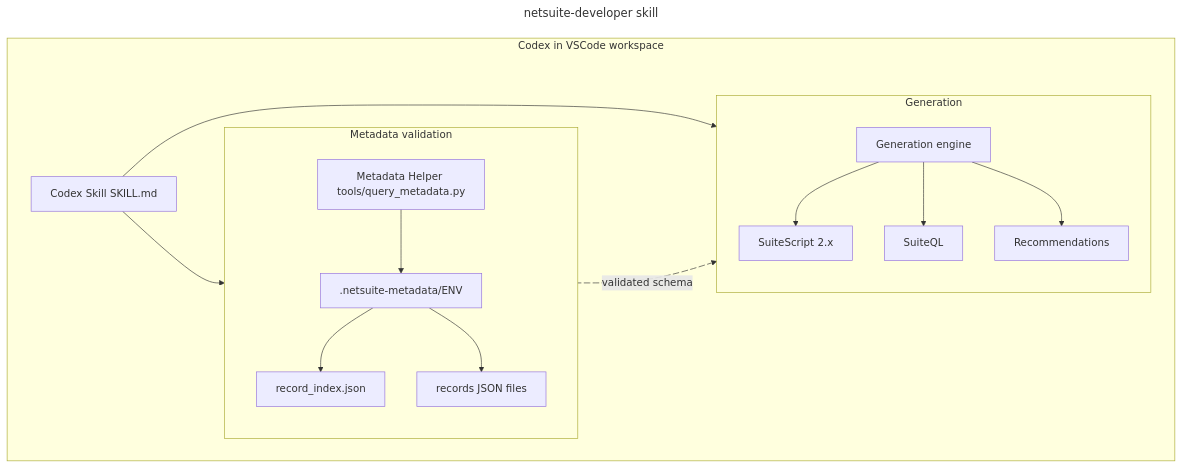
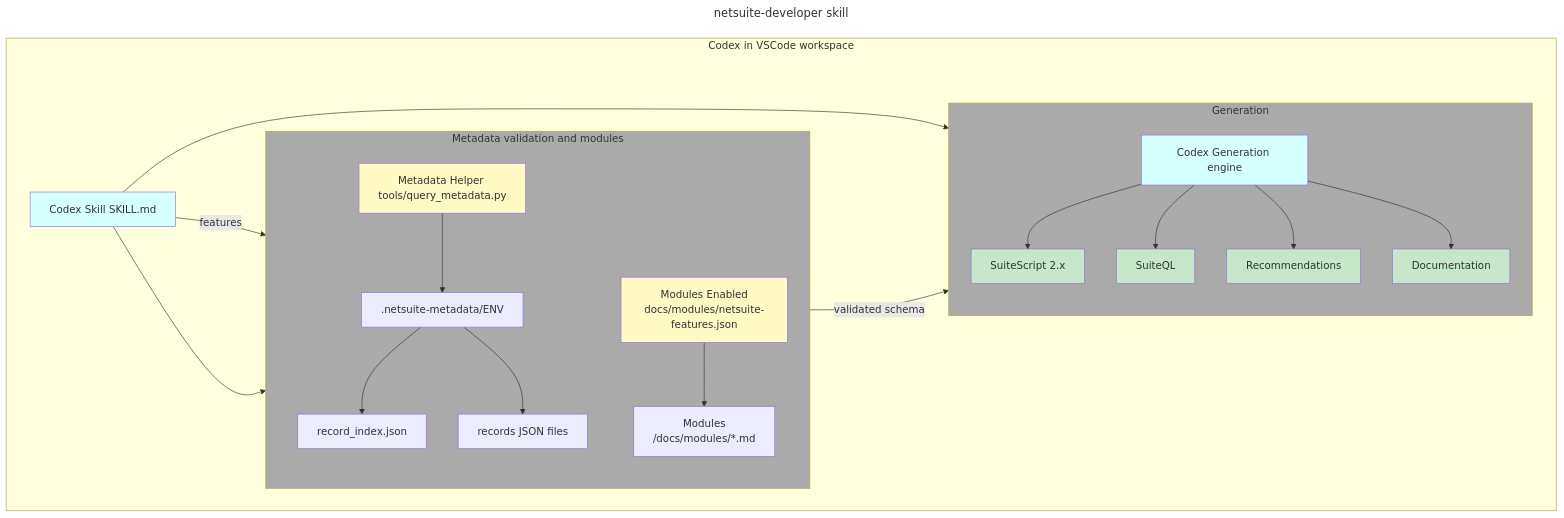
One commit to joshOrigami/netsuite-developer changed the diagram in README.md. Above: the diagram before and after it, drawn with Mermaid. The commit also changed other lines of this file and 9 other files, not shown here.

Commit message:
Bring Your Own Modules (BYO Modules): the netsuite-developer Skill now supports modular feature enforcement. Examples included. Supporting documents updated to reflect this change.

````diff
--- a/README.md
+++ b/README.md
@@ -149,35 +177,49 @@
 ```mermaid
 ---
 config:
   layout: dagre
 title: netsuite-developer skill
 ---
 flowchart LR
- subgraph M["Metadata validation"]
+ subgraph M["Metadata validation and modules"]
     direction TB
         B["Metadata Helper tools/query_metadata.py"]
         C[".netsuite-metadata/ENV"]
         D["record_index.json"]
         E["records JSON files"]
+        A0["Modules Enabled<br>docs/modules/netsuite-features.json"]
+        A1["Modules<br>/docs/modules/*.md"]
   end
  subgraph GBOX["Generation"]
     direction TB
-        F["Generation engine"]
+        F["Codex Generation engine"]
         G["SuiteScript 2.x"]
         H["SuiteQL"]
         I["Recommendations"]
+        J["Documentation"]
   end
  subgraph COD["Codex in VSCode workspace"]
     direction LR
         A["Codex Skill SKILL.md"]
         M
         GBOX
   end
     B --> C
     C --> D & E
-    F --> G & H & I
+    F --> G & H & I & J
+    A -- features --> A0
+    A0 --> A1
     A --> B & F
-    B L_B_F_0@-. validated schema .-> F
+    B -- validated schema --> F
 
-    L_B_F_0@{ animation: slow }
+    style A0 fill:#FFF9C4
+    style B fill:#FFF9C4
+    style J fill:#C8E6C9
+    style I fill:#C8E6C9
+    style H fill:#C8E6C9
+    style G fill:#C8E6C9
+    style F fill:#D6FFFF
+    style GBOX fill:#AAAAAA
+    style M fill:#AAAAAA
+    style A fill:#D6FFFF
 ```
````
